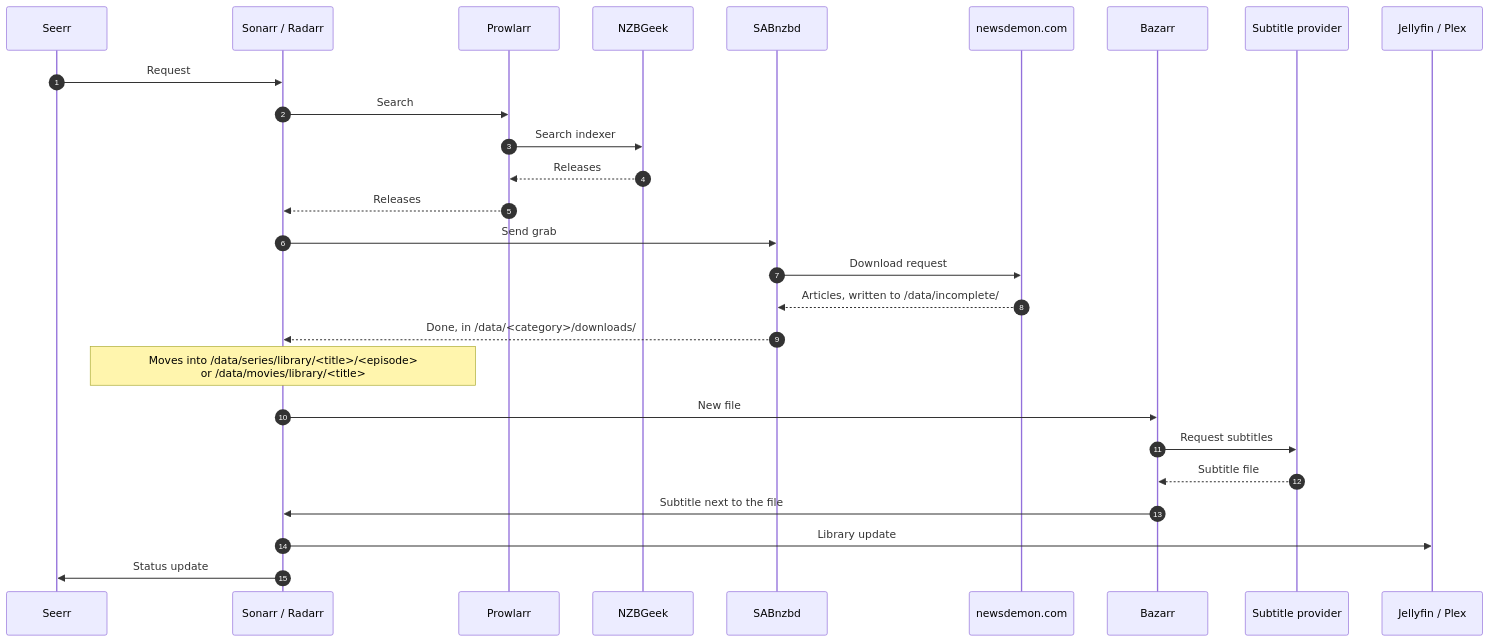
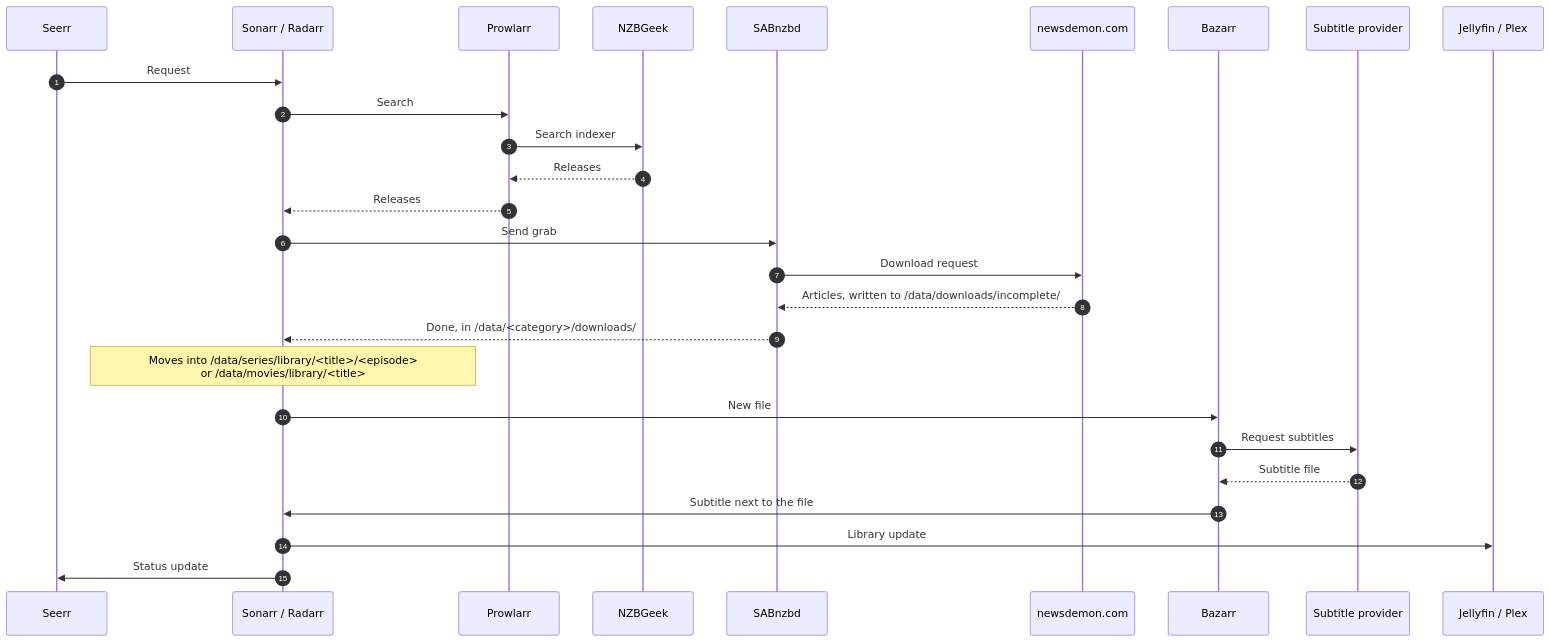
Before and after one commit to davydehaas98/homelab: the diagram in docs/diagrams/request-flow.mmd, drawn with Mermaid. The commit also changed 5 other files, not shown here.

```diff
--- a/docs/diagrams/request-flow.mmd
+++ b/docs/diagrams/request-flow.mmd
@@ -1,32 +1,32 @@
 sequenceDiagram
     autonumber
     participant Seerr
     participant Arr as Sonarr / Radarr
     participant Prowlarr
     participant Indexer as NZBGeek
     participant SABnzbd
     participant Usenet as newsdemon.com
     participant Bazarr
     participant Provider as Subtitle provider
     participant Streamer as Jellyfin / Plex
 
     Seerr->>Arr: Request
     Arr->>Prowlarr: Search
     Prowlarr->>Indexer: Search indexer
     Indexer-->>Prowlarr: Releases
     Prowlarr-->>Arr: Releases
     Arr->>SABnzbd: Send grab
 
     SABnzbd->>Usenet: Download request
-    Usenet-->>SABnzbd: Articles, written to /data/incomplete/
+    Usenet-->>SABnzbd: Articles, written to /data/downloads/incomplete/
     SABnzbd-->>Arr: Done, in /data/#lt;category#gt;/downloads/
 
     Note over Arr: Moves into /data/series/library/#lt;title#gt;/#lt;episode#gt;<br/>or /data/movies/library/#lt;title#gt;
 
     Arr->>Bazarr: New file
     Bazarr->>Provider: Request subtitles
     Provider-->>Bazarr: Subtitle file
     Bazarr->>Arr: Subtitle next to the file
 
     Arr->>Streamer: Library update
     Arr->>Seerr: Status update
```
